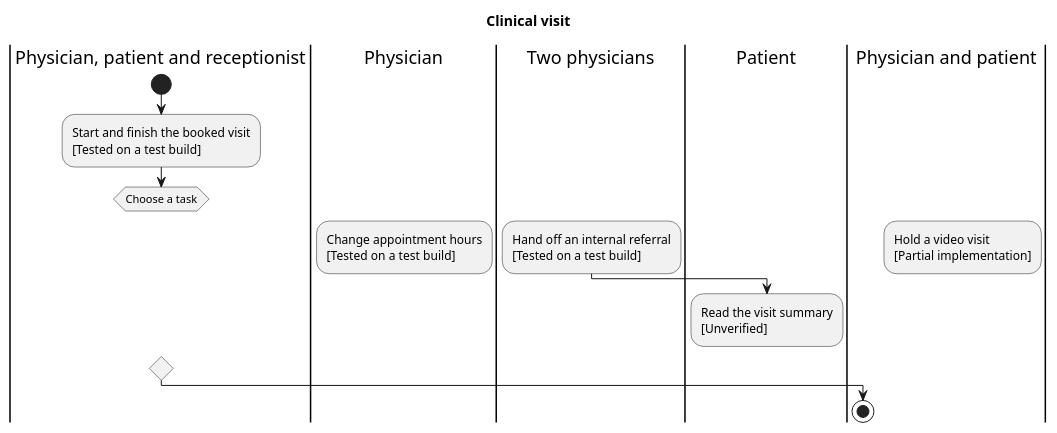
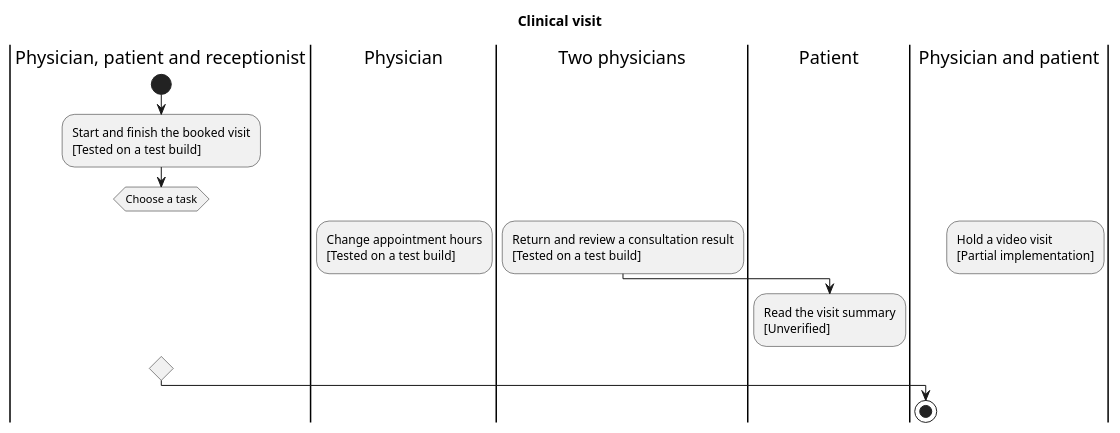
Before and after one commit to medbookdev/medbook-readiness: the diagram in visit-en.puml, drawn with PlantUML. The commit also changed 20 other files, not shown here.

Commit message:
Show both physicians exchanging one consultation result in the private workspace

```diff
--- a/visit-en.puml
+++ b/visit-en.puml
@@ -1,21 +1,21 @@
 @startuml
 title Clinical visit
 |Physician, patient and receptionist|
 start
 |Physician, patient and receptionist|
 :Start and finish the booked visit\n[Tested on a test build];
 switch (Choose a task)
 case (Manage the schedule)
 |Physician|
 :Change appointment hours\n[Tested on a test build];
 case (Conduct a visit)
 |Two physicians|
-:Hand off an internal referral\n[Tested on a test build];
+:Return and review a consultation result\n[Tested on a test build];
 |Patient|
 :Read the visit summary\n[Unverified];
 case (Video consultation)
 |Physician and patient|
 :Hold a video visit\n[Partial implementation];
 endswitch
 stop
 @enduml
```
